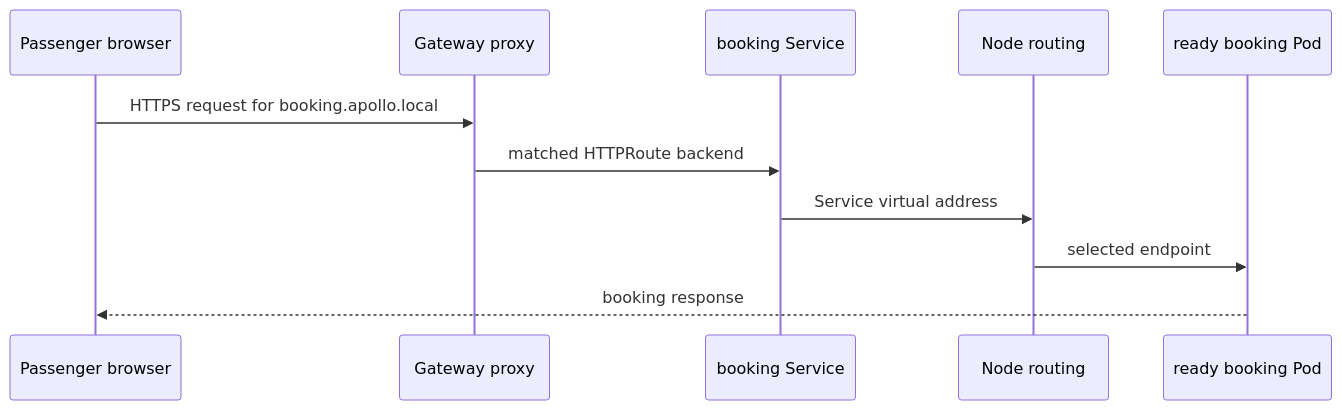
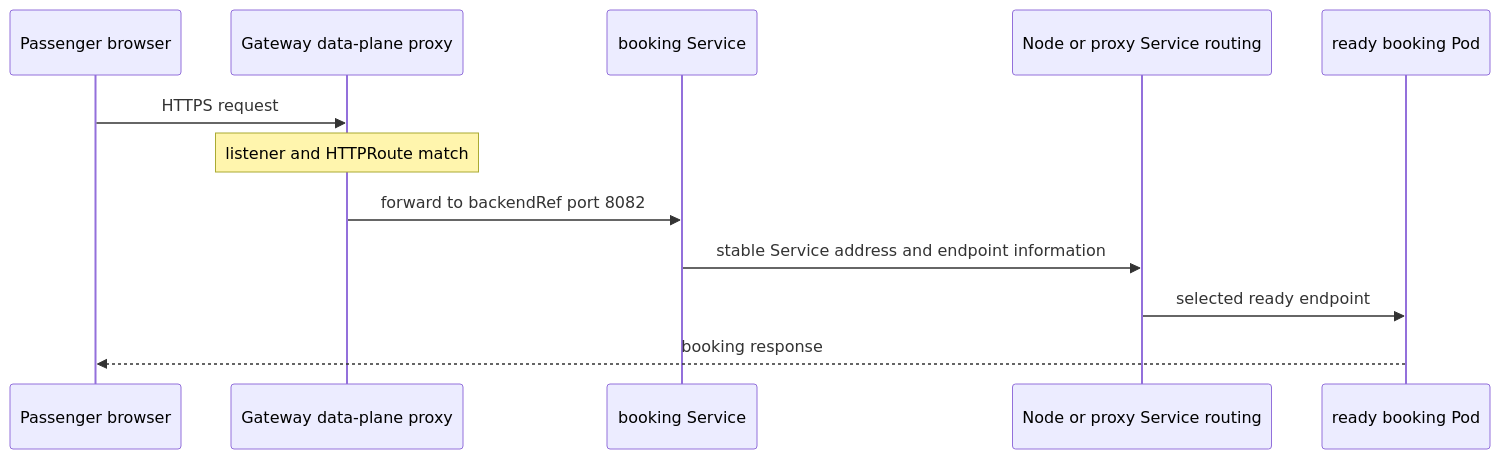
The fourth of 5 diagrams in docs/learn/networking/gateway-api.md (darshan-raul/apollo11-docs), drawn with Mermaid before and after one commit. The commit also changed other lines of this file and 56 other files, not shown here.

````diff
--- a/docs/learn/networking/gateway-api.md
+++ b/docs/learn/networking/gateway-api.md
@@ -79,13 +422,14 @@
-~~~mermaid
+```mermaid
 sequenceDiagram
   participant B as Passenger browser
-  participant P as Gateway proxy
+  participant P as Gateway data-plane proxy
   participant S as booking Service
-  participant K as Node routing
+  participant N as Node or proxy Service routing
   participant Pod as ready booking Pod
-  B->>P: HTTPS request for booking.apollo.local
-  P->>S: matched HTTPRoute backend
-  S->>K: Service virtual address
-  K->>Pod: selected endpoint
+  B->>P: HTTPS request
+  Note over P: listener and HTTPRoute match
+  P->>S: forward to backendRef port 8082
+  S->>N: stable Service address and endpoint information
+  N->>Pod: selected ready endpoint
   Pod-->>B: booking response
-~~~
+```
````
